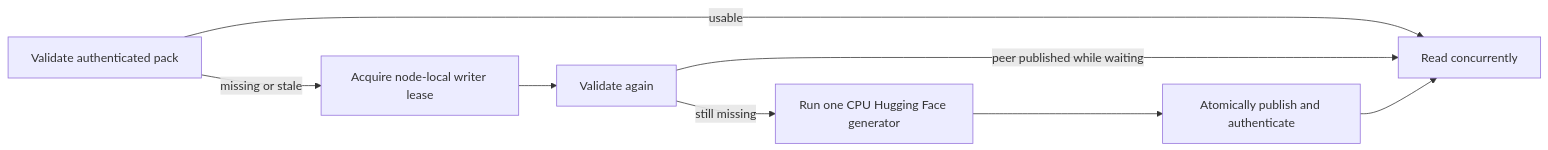
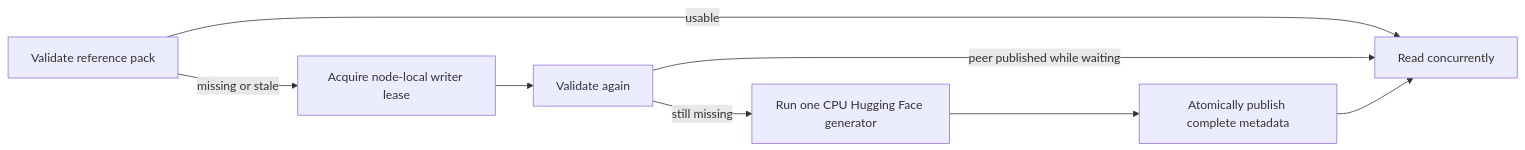
The diagram in tests/v2/integration/parity/README.md (Llaminar/llaminar), drawn with Mermaid before and after one commit. The commit also changed other lines of this file and 567 other files, not shown here.

````diff
--- a/tests/v2/integration/parity/README.md
+++ b/tests/v2/integration/parity/README.md
@@ -184,10 +205,10 @@
 ```mermaid
 flowchart LR
-    A[Validate authenticated pack] -->|usable| R[Read concurrently]
+    A[Validate reference pack] -->|usable| R[Read concurrently]
     A -->|missing or stale| L[Acquire node-local writer lease]
     L --> V[Validate again]
     V -->|peer published while waiting| R
     V -->|still missing| G[Run one CPU Hugging Face generator]
-    G --> P[Atomically publish and authenticate]
+    G --> P[Atomically publish complete metadata]
     P --> R
 ```
````
